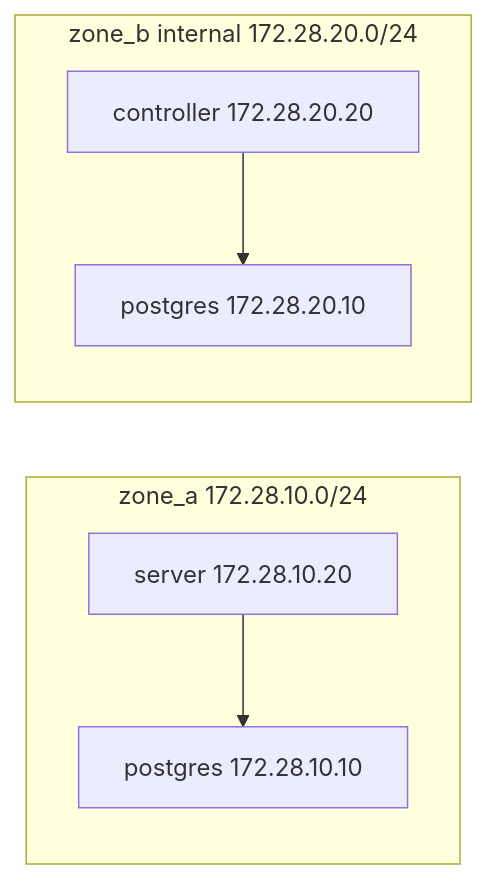
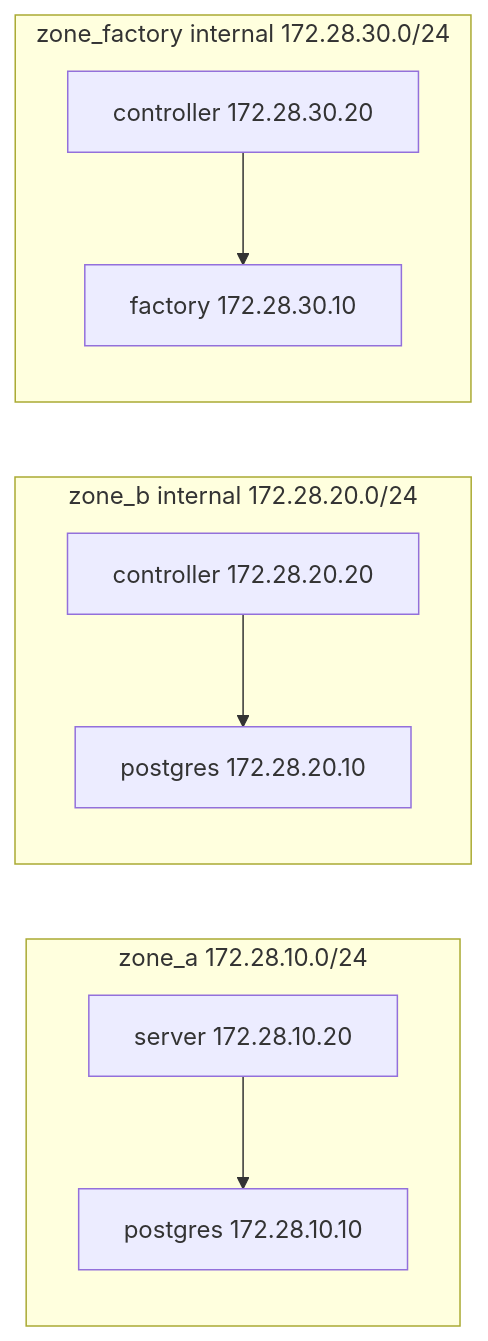
The first of 2 diagrams in docker/README.md (jgmatu/postgresql), drawn with Mermaid before and after one commit. The commit also changed other lines of this file and 8 other files, not shown here.

````diff
--- a/docker/README.md
+++ b/docker/README.md
@@ -31,13 +30,18 @@
 ```mermaid
 flowchart LR
     subgraph zoneA ["zone_a 172.28.10.0/24"]
         pgA["postgres 172.28.10.10"]
         server["server 172.28.10.20"]
     end
     subgraph zoneB ["zone_b internal 172.28.20.0/24"]
         pgB["postgres 172.28.20.10"]
         controller["controller 172.28.20.20"]
     end
+    subgraph zoneF ["zone_factory internal 172.28.30.0/24"]
+        factory["factory 172.28.30.10"]
+        controllerF["controller 172.28.30.20"]
+    end
     server --> pgA
     controller --> pgB
+    controllerF --> factory
 ```
````
